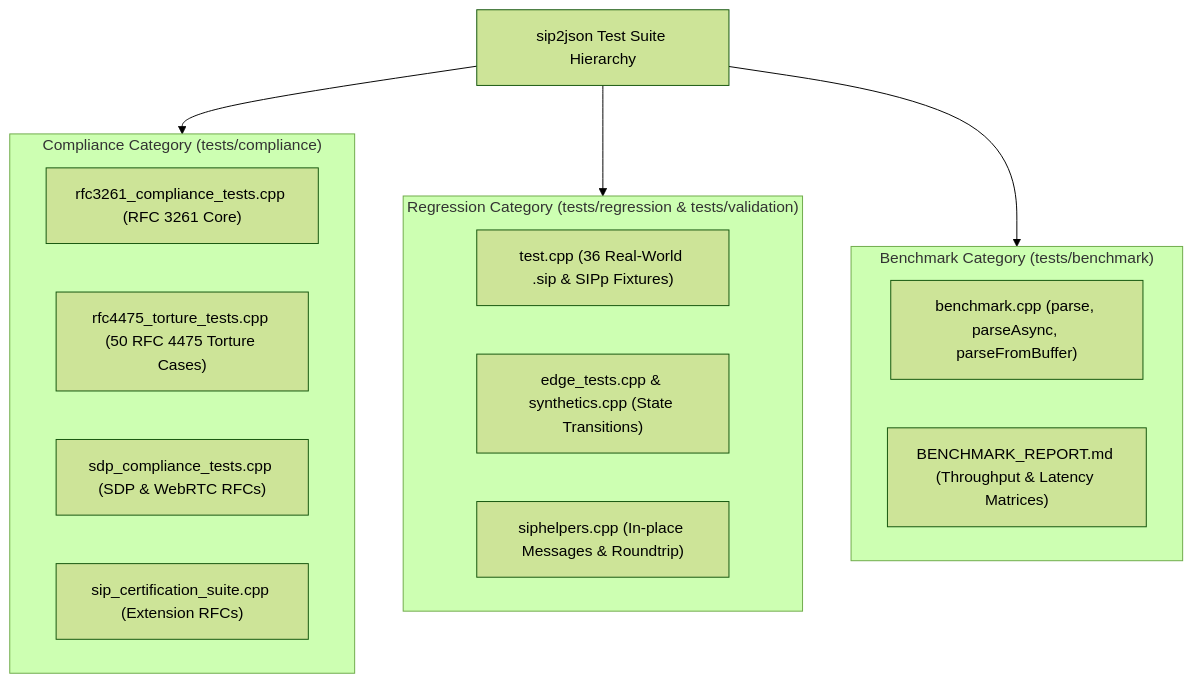
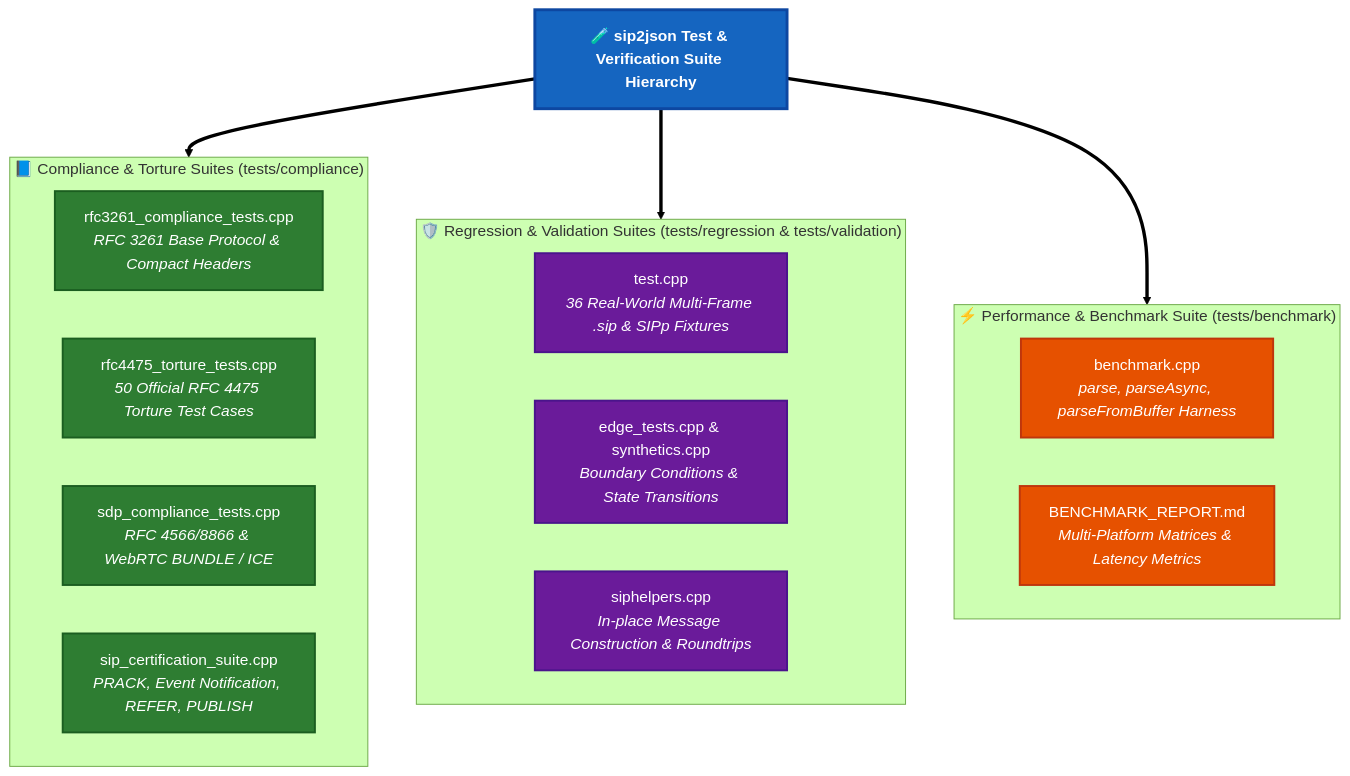
One commit to SiddiqSoft/sip2json changed the diagram in docs/features/test_suite_sources.md. Above: the diagram before and after it, drawn with Mermaid (forest theme). The commit also changed 21 other files, not shown here.

First line of the commit message:
docs: streamline navigation sections, enlarge dependency diagrams, and add colorful charts

````diff
--- a/docs/features/test_suite_sources.md
+++ b/docs/features/test_suite_sources.md
@@ -9,26 +9,31 @@
 ```mermaid
 graph TD
-    Root["sip2json Test Suite Hierarchy"]
+    Root["🧪 <b>sip2json Test & Verification Suite Hierarchy</b>"]:::rootNode
     
-    subgraph Compliance ["Compliance Category (tests/compliance)"]
-        C1["rfc3261_compliance_tests.cpp (RFC 3261 Core)"]
-        C2["rfc4475_torture_tests.cpp (50 RFC 4475 Torture Cases)"]
-        C3["sdp_compliance_tests.cpp (SDP & WebRTC RFCs)"]
-        C4["sip_certification_suite.cpp (Extension RFCs)"]
+    subgraph Compliance ["📘 Compliance & Torture Suites (tests/compliance)"]
+        C1["rfc3261_compliance_tests.cpp<br/><i>RFC 3261 Base Protocol & Compact Headers</i>"]:::compNode
+        C2["rfc4475_torture_tests.cpp<br/><i>50 Official RFC 4475 Torture Test Cases</i>"]:::compNode
+        C3["sdp_compliance_tests.cpp<br/><i>RFC 4566/8866 & WebRTC BUNDLE / ICE</i>"]:::compNode
+        C4["sip_certification_suite.cpp<br/><i>PRACK, Event Notification, REFER, PUBLISH</i>"]:::compNode
     end
     
-    subgraph Regression ["Regression Category (tests/regression & tests/validation)"]
-        R1["test.cpp (36 Real-World .sip & SIPp Fixtures)"]
-        R2["edge_tests.cpp & synthetics.cpp (State Transitions)"]
-        R3["siphelpers.cpp (In-place Messages & Roundtrip)"]
+    subgraph Regression ["🛡️ Regression & Validation Suites (tests/regression & tests/validation)"]
+        R1["test.cpp<br/><i>36 Real-World Multi-Frame .sip & SIPp Fixtures</i>"]:::regNode
+        R2["edge_tests.cpp & synthetics.cpp<br/><i>Boundary Conditions & State Transitions</i>"]:::regNode
+        R3["siphelpers.cpp<br/><i>In-place Message Construction & Roundtrips</i>"]:::regNode
     end
     
-    subgraph Benchmark ["Benchmark Category (tests/benchmark)"]
-        B1["benchmark.cpp (parse, parseAsync, parseFromBuffer)"]
-        B2["BENCHMARK_REPORT.md (Throughput & Latency Matrices)"]
+    subgraph Benchmark ["⚡ Performance & Benchmark Suite (tests/benchmark)"]
+        B1["benchmark.cpp<br/><i>parse, parseAsync, parseFromBuffer Harness</i>"]:::benchNode
+        B2["BENCHMARK_REPORT.md<br/><i>Multi-Platform Matrices & Latency Metrics</i>"]:::benchNode
     end
     
-    Root --> Compliance
-    Root --> Regression
-    Root --> Benchmark
+    Root ==> Compliance
+    Root ==> Regression
+    Root ==> Benchmark
+
+    classDef rootNode fill:#1565C0,stroke:#0D47A1,stroke-width:3px,color:#FFFFFF,font-weight:bold;
+    classDef compNode fill:#2E7D32,stroke:#1B5E20,stroke-width:2px,color:#FFFFFF;
+    classDef regNode fill:#6A1B9A,stroke:#4A148C,stroke-width:2px,color:#FFFFFF;
+    classDef benchNode fill:#E65100,stroke:#BF360C,stroke-width:2px,color:#FFFFFF;
 ```
````
